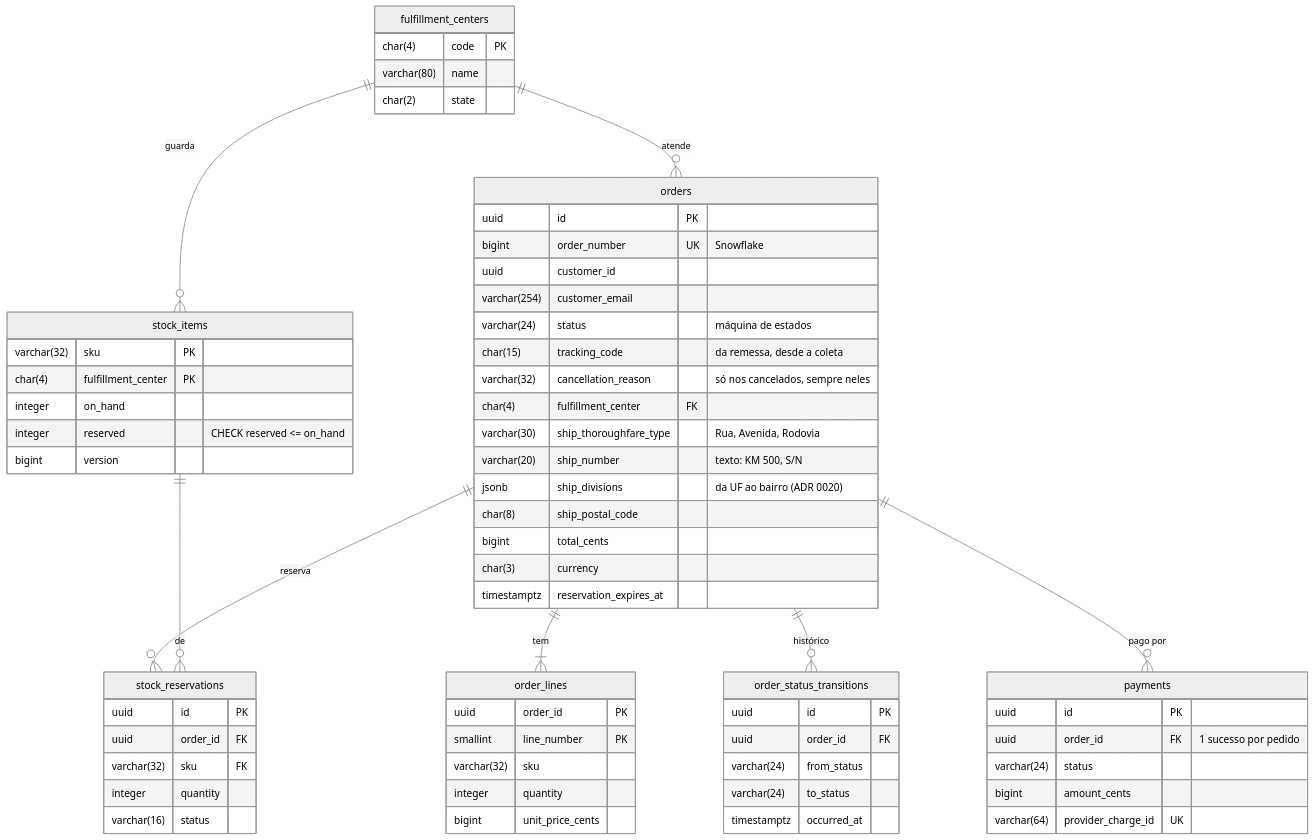
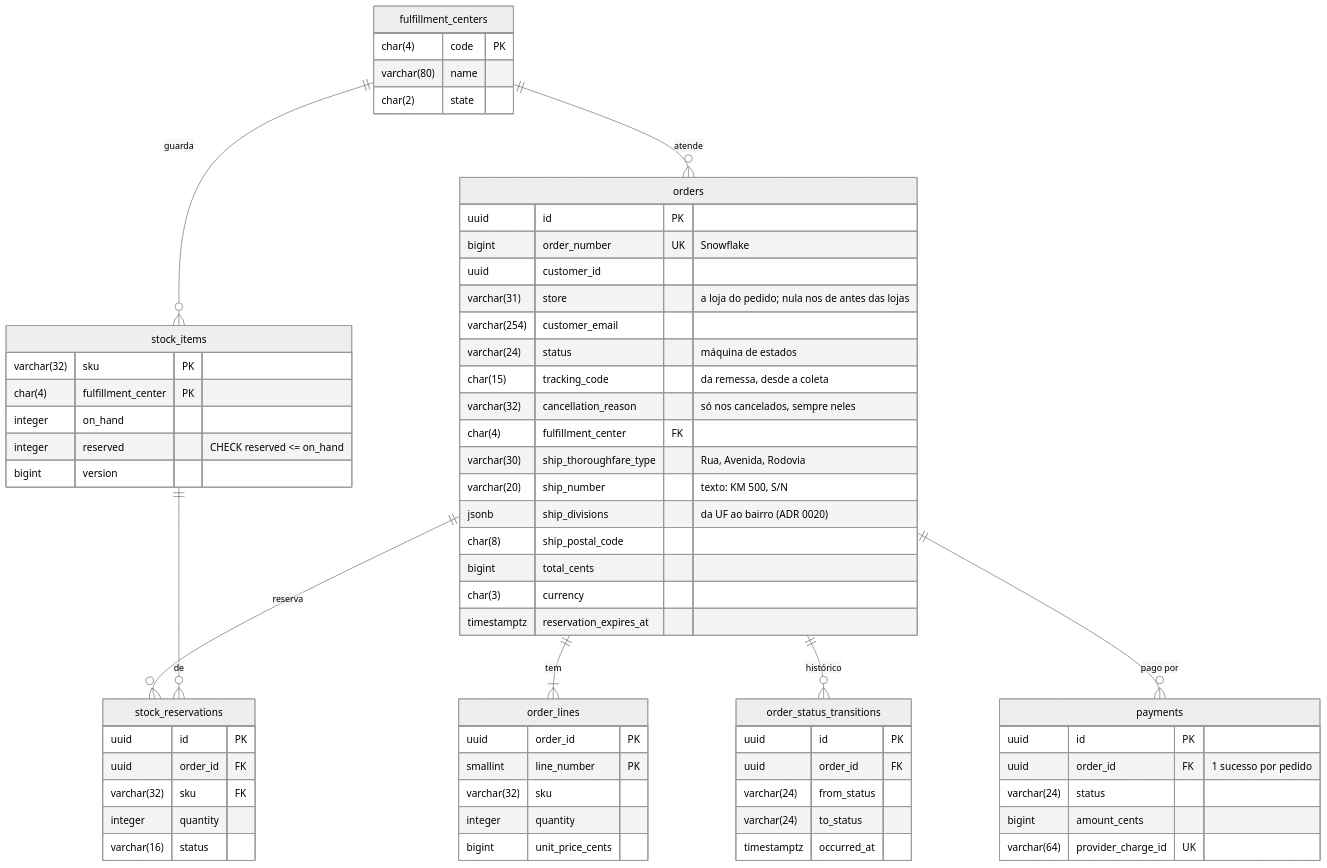
Before and after one commit to flaviotinococoutinho/Tucano_vibe_chaos: the second of 3 diagrams in docs/architecture/data-model.md, drawn with Mermaid (neutral theme). The commit also changed other lines of this file and 16 other files, not shown here.

Commit message:
docs: the stores across the guide, the architecture and the readme, and adr 0032

````diff
--- a/docs/architecture/data-model.md
+++ b/docs/architecture/data-model.md
@@ -65,68 +75,69 @@
 ```mermaid
 erDiagram
   fulfillment_centers ||--o{ stock_items : "guarda"
   fulfillment_centers ||--o{ orders : "atende"
   orders ||--|{ order_lines : "tem"
   orders ||--o{ order_status_transitions : "histórico"
   orders ||--o{ stock_reservations : "reserva"
   stock_items ||--o{ stock_reservations : "de"
   orders ||--o{ payments : "pago por"
 
   fulfillment_centers {
     char(4) code PK
     varchar(80) name
     char(2) state
   }
   orders {
     uuid id PK
     bigint order_number UK "Snowflake"
     uuid customer_id
+    varchar(31) store "a loja do pedido; nula nos de antes das lojas"
     varchar(254) customer_email
     varchar(24) status "máquina de estados"
     char(15) tracking_code "da remessa, desde a coleta"
     varchar(32) cancellation_reason "só nos cancelados, sempre neles"
     char(4) fulfillment_center FK
     varchar(30) ship_thoroughfare_type "Rua, Avenida, Rodovia"
     varchar(20) ship_number "texto: KM 500, S/N"
     jsonb ship_divisions "da UF ao bairro (ADR 0020)"
     char(8) ship_postal_code
     bigint total_cents
     char(3) currency
     timestamptz reservation_expires_at
   }
   order_lines {
     uuid order_id PK
     smallint line_number PK
     varchar(32) sku
     integer quantity
     bigint unit_price_cents
   }
   order_status_transitions {
     uuid id PK
     uuid order_id FK
     varchar(24) from_status
     varchar(24) to_status
     timestamptz occurred_at
   }
   stock_items {
     varchar(32) sku PK
     char(4) fulfillment_center PK
     integer on_hand
     integer reserved "CHECK reserved <= on_hand"
     bigint version
   }
   stock_reservations {
     uuid id PK
     uuid order_id FK
     varchar(32) sku FK
     integer quantity
     varchar(16) status
   }
   payments {
     uuid id PK
     uuid order_id FK "1 sucesso por pedido"
     varchar(24) status
     bigint amount_cents
     varchar(64) provider_charge_id UK
   }
 ```
````
